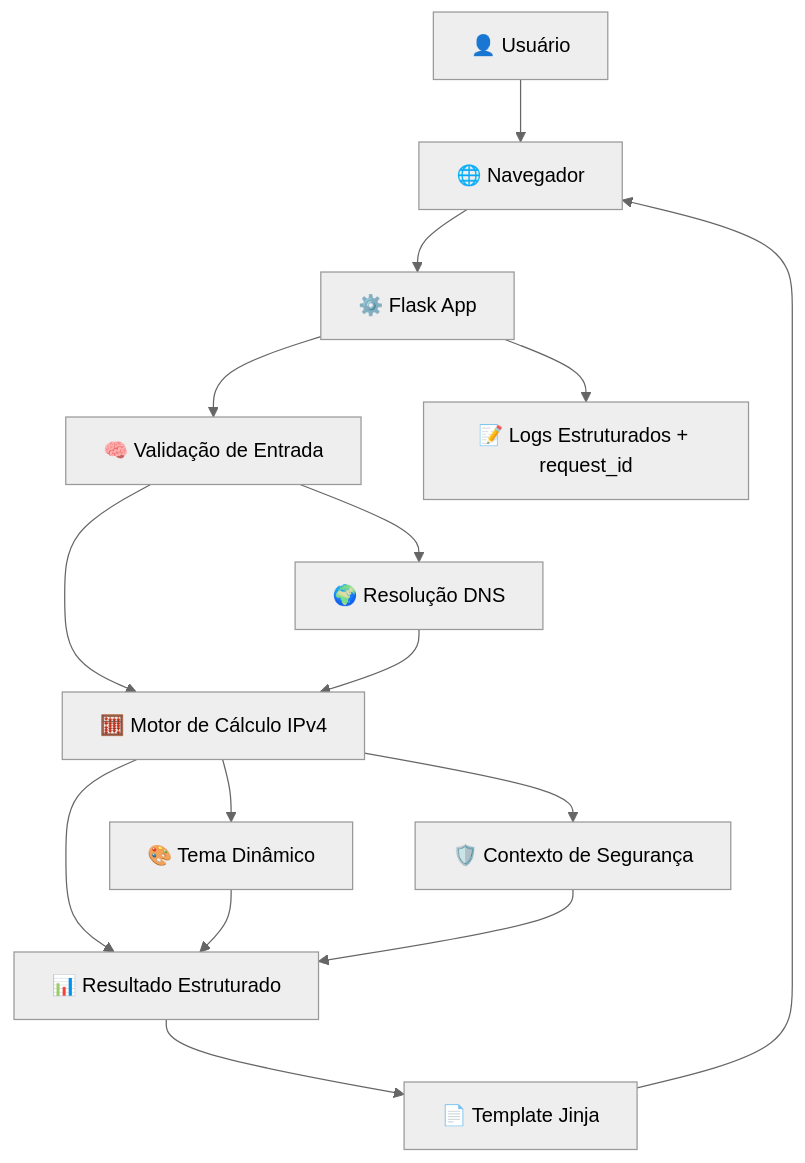
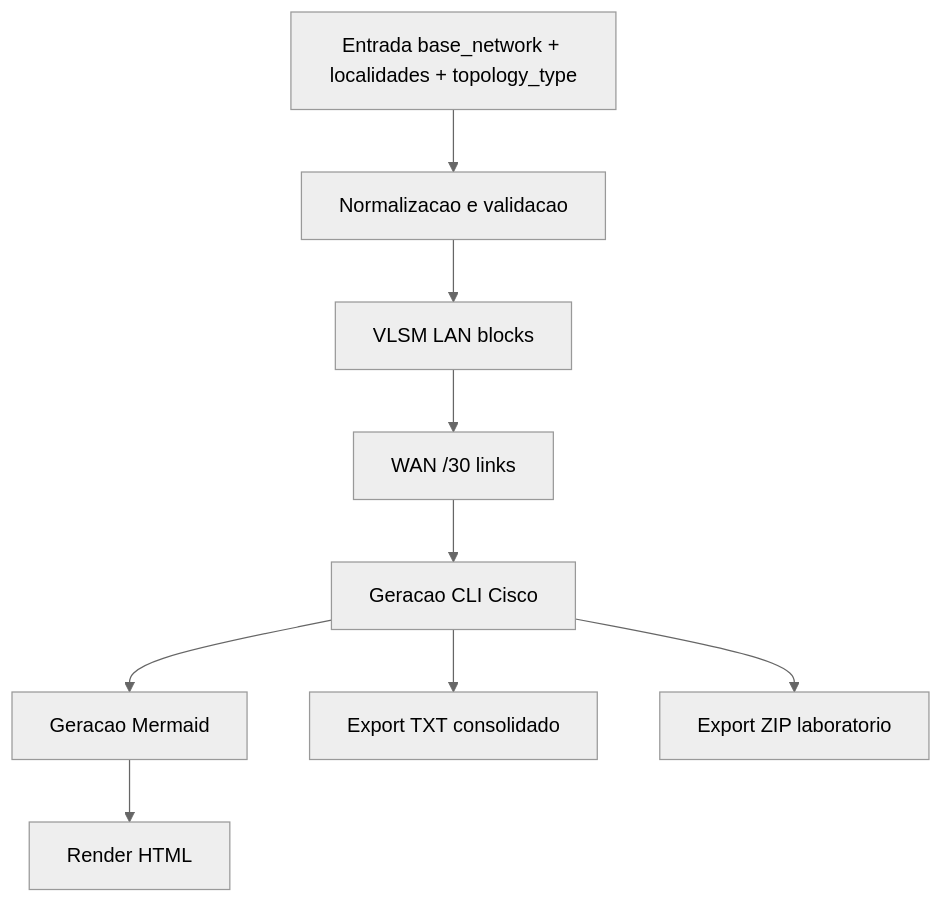
One commit to carmipa/FRAMEWORK_DE_REDES_ANALISE_DIDATICA_AVANCADA changed the second of 3 diagrams in README.md. Above: the diagram before and after it, drawn with Mermaid (neutral theme). The commit also changed other lines of this file and 6 other files, not shown here.

````diff
--- a/README.md
+++ b/README.md
@@ -167,17 +97,11 @@
 ```mermaid
 flowchart TD
-    U[👤 Usuário] --> B[🌐 Navegador]
-    B --> F[⚙️ Flask App]
-    F --> V[🧠 Validação de Entrada]
-    V --> C[🧮 Motor de Cálculo IPv4]
-    V --> D[🌍 Resolução DNS]
-    C --> T[🎨 Tema Dinâmico]
-    C --> S[🛡️ Contexto de Segurança]
-    D --> C
-    C --> R[📊 Resultado Estruturado]
-    T --> R
-    S --> R
-    R --> H[📄 Template Jinja]
-    H --> B
-    F --> L[📝 Logs Estruturados + request_id]
+    I[Entrada base_network + localidades + topology_type] --> N[Normalizacao e validacao]
+    N --> L[VLSM LAN blocks]
+    L --> W[WAN /30 links]
+    W --> C[Geracao CLI Cisco]
+    C --> M[Geracao Mermaid]
+    M --> O[Render HTML]
+    C --> E1[Export TXT consolidado]
+    C --> E2[Export ZIP laboratorio]
 ```
````
